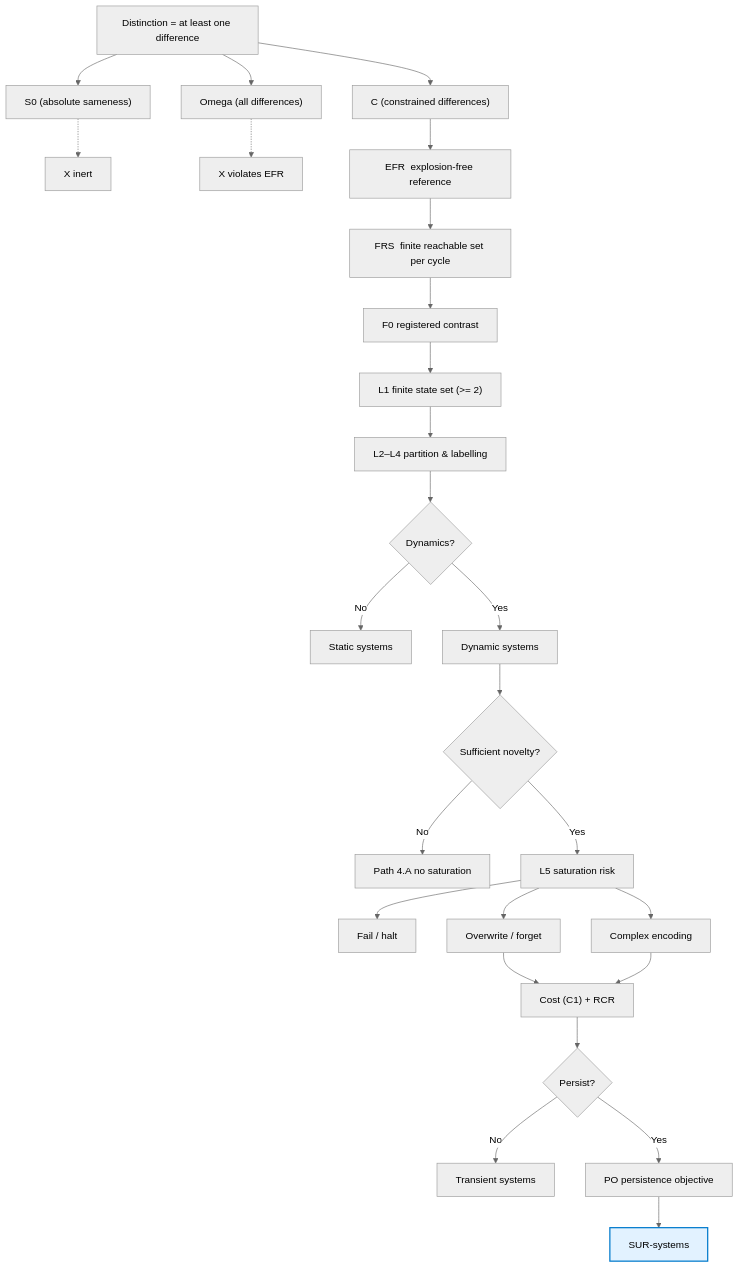
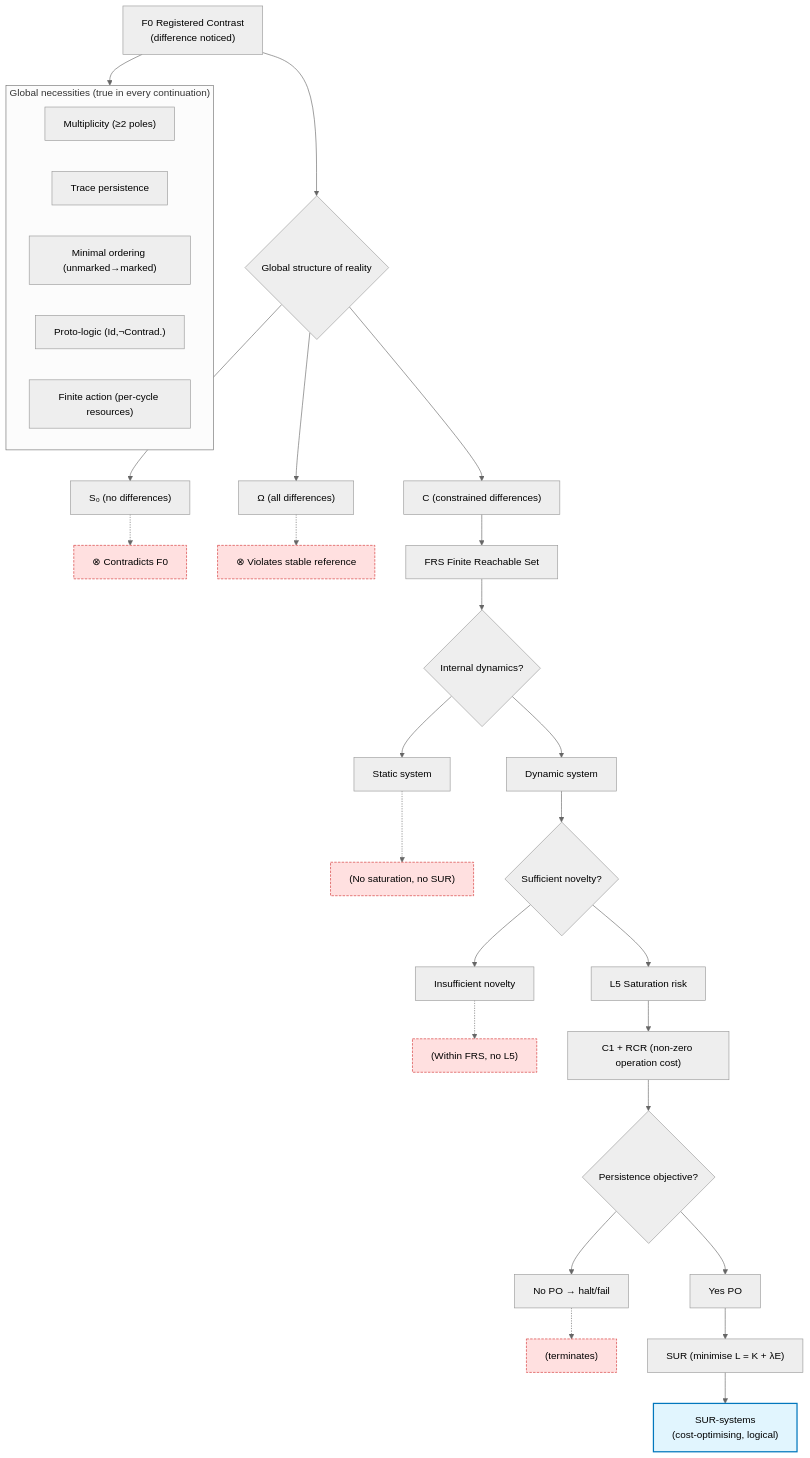
Before and after one commit to jconorgrogan/Informational-Constructivism: the diagram in Flowchart.mmd, drawn with Mermaid (neutral theme).

```diff
--- a/Flowchart.mmd
+++ b/Flowchart.mmd
@@ -1,53 +1,55 @@
 flowchart TD
-    %% Level 0 – starting point
-    A0["Distinction = at least one difference"]
+    %% ───────── 0 · Starting datum ─────────
+    F0["F0  Registered Contrast<br/>(difference noticed)"]
 
-    %% Level 1 – exhaustive partition
-    A0 --> A1a["S0 (absolute sameness)"]
-    A0 --> A1b["Omega (all differences)"]
-    A0 --> A1c["C (constrained differences)"]
+    %% ───────── 1 · Immediate necessities ─────────
+    subgraph N0["Global necessities (true in every continuation)"]
+        M1["Multiplicity (≥2 poles)"]
+        P1["Trace persistence"]
+        O1["Minimal ordering (unmarked→marked)"]
+        L0["Proto-logic (Id,¬Contrad.)"]
+        R0["Finite action (per-cycle resources)"]
+    end
+    F0 --> N0
 
-    %% Eliminate non-viable branches
-    A1a -.-> Z1["X  inert"]
-    A1b -.-> Z2["X  violates EFR"]
+    %% ───────── 2 · Global‐structure branch ─────────
+    F0 --> B0{"Global structure of reality"}
+    B0 --> S0["S₀ (no differences)"] -.-> X0["⊗ Contradicts F0"]
+    B0 --> OMEGA["Ω (all differences)"] -.-> X1["⊗ Violates stable reference"]
+    B0 --> C0["C (constrained differences)"]
 
-    %% Viability filter
-    A1c --> B0["EFR  explosion-free reference"]
+    %% ───────── 3 · Necessity inside C ─────────
+    C0 --> FRS["FRS  Finite Reachable Set"]
 
-    %% Operational finiteness
-    B0  --> B1["FRS  finite reachable set per cycle"]
-    B1  --> B2["F0  registered contrast"]
+    %% ───────── 4 · Internal dynamics branch ─────────
+    FRS --> DYN{"Internal dynamics?"}
+    DYN --> STAT["Static system"]
+    DYN --> DYNyes["Dynamic system"]
 
-    %% Static consequences
-    B2  --> C1["L1  finite state set (>= 2)"]
-    C1  --> C2["L2–L4  partition & labelling"]
+    %% Static terminates
+    STAT -.-> ZS["(No saturation, no SUR)"]
 
-    %% Behaviour space
-    C2  --> D0{"Dynamics?"}
-    D0  -->|No | D1["Static systems"]
-    D0  -->|Yes| D2["Dynamic systems"]
+    %% ───────── 5 · Novelty branch ─────────
+    DYNyes --> NOVEL{"Sufficient novelty?"}
+    NOVEL --> LOWNOV["Insufficient novelty"] -.-> ZN["(Within FRS, no L5)"]
+    NOVEL --> SATRISK["L5  Saturation risk"]
 
-    %% Interaction / novelty
-    D2  --> E0{"Sufficient novelty?"}
-    E0  -->|No | E1["Path 4.A  no saturation"]
-    E0  -->|Yes| E2["L5  saturation risk"]
+    %% ───────── 6 · Cost necessity ─────────
+    SATRISK --> COST["C1 + RCR (non-zero operation cost)"]
 
-    %% Responses to saturation
-    E2  --> F1["Fail / halt"]
-    E2  --> F2["Overwrite / forget"]
-    E2  --> F3["Complex encoding"]
+    %% ───────── 7 · Persistence branch ─────────
+    COST --> PERS{"Persistence objective?"}
+    PERS --> HALT["No PO  → halt/fail"] -.-> ZH["(terminates)"]
+    PERS --> YESPO["Yes PO"]
 
-    %% Cost landscape
-    F2  --> G0["Cost (C1) + RCR"]
-    F3  --> G0
-    G0  --> H0{"Persist?"}
+    %% ───────── 8 · Forced optimisation ─────────
+    YESPO --> SUR["SUR  (minimise L = K + λE)"]
 
-    H0  -->|No | H1["Transient systems"]
-    H0  -->|Yes| H2["PO  persistence objective"]
+    %% ───────── 9 · Final class ─────────
+    SUR --> FINAL["SUR-systems<br/>(cost-optimising, logical)"]
 
-    %% Forced optimisation
-    H2  --> I0["SUR-systems"]
-
-    %% Highlight final node
-    classDef final fill:#e2f2ff,stroke:#007acc,stroke-width:2px;
-    class I0 final
+    %% Styling
+    classDef final fill:#e1f5fe,stroke:#0277bd,stroke-width:2px;
+    class FINAL final
+    classDef dead fill:#ffe0e0,stroke:#d32f2f,stroke-width:1px,stroke-dasharray: 4 2;
+    class X0,X1,ZS,ZN,ZH dead
```
